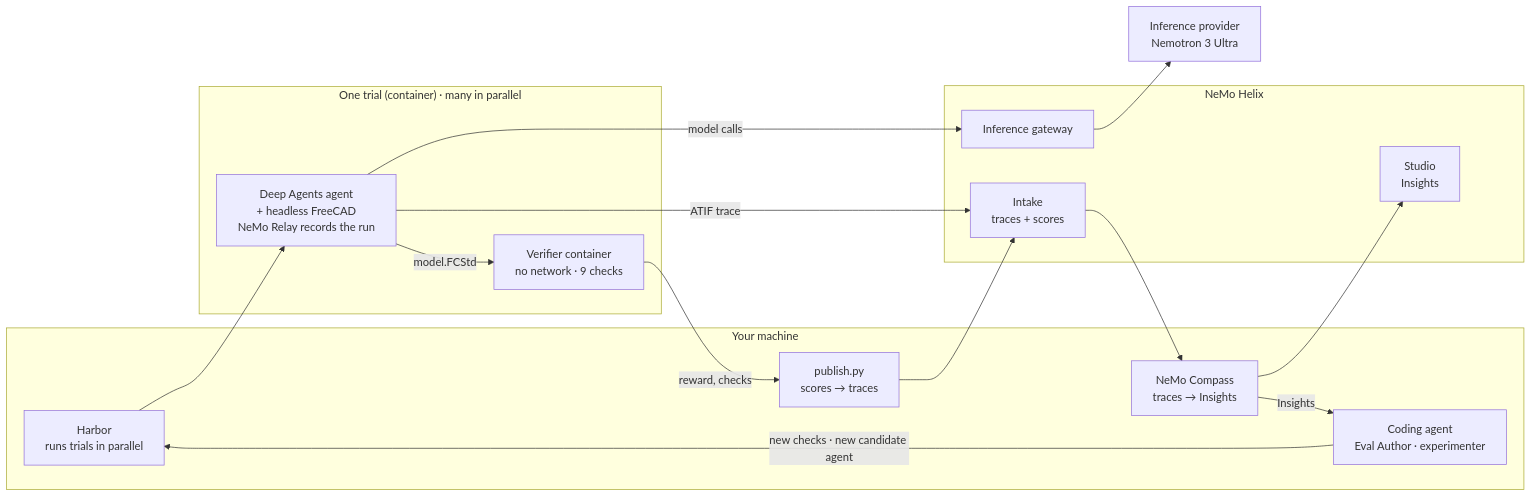
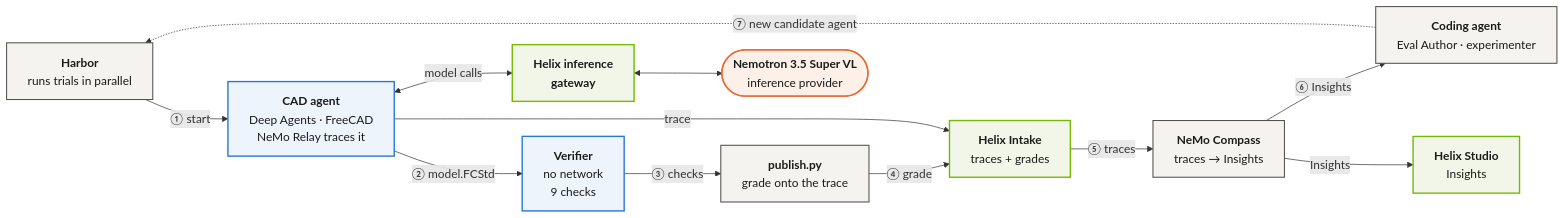
Before and after one commit to NVIDIA/nemoclaw-community: the first of 2 diagrams in examples/tools/cae-freecad-agent-harness-optimization/README.md, drawn with Mermaid. The commit also changed other lines of this file and 55 other files, not shown here.

First line of the commit message:
docs(tools): CAE FreeCAD example: switch to the Nemotron 3.5 Super VL run

````diff
--- a/examples/tools/cae-freecad-agent-harness-optimization/README.md
+++ b/examples/tools/cae-freecad-agent-harness-optimization/README.md
@@ -98,27 +95,33 @@
 ```mermaid
+%%{init: {"themeVariables": {"fontSize": "17px"}, "flowchart": {"curve": "basis", "nodeSpacing": 30, "rankSpacing": 50, "wrappingWidth": 230}}}%%
 flowchart LR
-  subgraph host["Your machine"]
-    H["Harbor<br/>runs trials in parallel"]
-    P["publish.py<br/>scores → traces"]
-    CA["Coding agent<br/>Eval Author · experimenter"]
-    CO["NeMo Compass<br/>traces → Insights"]
-  end
-  subgraph trial["One trial (container) · many in parallel"]
-    C["Deep Agents agent<br/>+ headless FreeCAD<br/>NeMo Relay records the run"]
-    V["Verifier container<br/>no network · 9 checks"]
-  end
-  subgraph helix["NeMo Helix"]
-    G["Inference gateway"]
-    I["Intake<br/>traces + scores"]
-    S["Studio<br/>Insights"]
-  end
-  M["Inference provider<br/>Nemotron 3 Ultra"]
-  H --> C
-  C -- "model calls" --> G --> M
-  C -- "ATIF trace" --> I
-  C -- "model.FCStd" --> V
-  V -- "reward, checks" --> P --> I
-  I --> CO --> S
-  CO -- "Insights" --> CA
-  CA -- "new checks · new candidate agent" --> H
+  H["<b>Harbor</b><br/>runs trials in parallel"]
+  C["<b>CAD agent</b><br/>Deep Agents · FreeCAD<br/>NeMo Relay traces it"]
+  V["<b>Verifier</b><br/>no network<br/>9 checks"]
+  P["<b>publish.py</b><br/>grade onto the trace"]
+  I["<b>Helix Intake</b><br/>traces + grades"]
+  CO["<b>NeMo Compass</b><br/>traces → Insights"]
+  CA["<b>Coding agent</b><br/>Eval Author · experimenter"]
+  G["<b>Helix inference<br/>gateway</b>"]
+  M(["<b>Nemotron 3.5 Super VL</b><br/>inference provider"])
+  S["<b>Helix Studio</b><br/>Insights"]
+  H -- "① start" --> C
+  C -- "② model.FCStd" --> V
+  V -- "③ checks" --> P
+  P -- "④ grade" --> I
+  C -- "trace" --> I
+  I -- "⑤ traces" --> CO
+  CO -- "⑥ Insights" --> CA
+  CA -. "⑦ new candidate agent" .-> H
+  C <-- "model calls" --> G
+  G <--> M
+  CO -- "Insights" --> S
+  classDef host fill:#f4f3ef,stroke:#52514e,stroke-width:1.5px,color:#1b1b1a
+  classDef box fill:#eef4fc,stroke:#2a78d6,stroke-width:2px,color:#1b1b1a
+  classDef helix fill:#f1f6e9,stroke:#76b900,stroke-width:2px,color:#1b1b1a
+  classDef model fill:#fdf0e8,stroke:#eb6834,stroke-width:2px,color:#1b1b1a
+  class H,P,CO,CA host
+  class C,V box
+  class G,I,S helix
+  class M model
 ```
````
